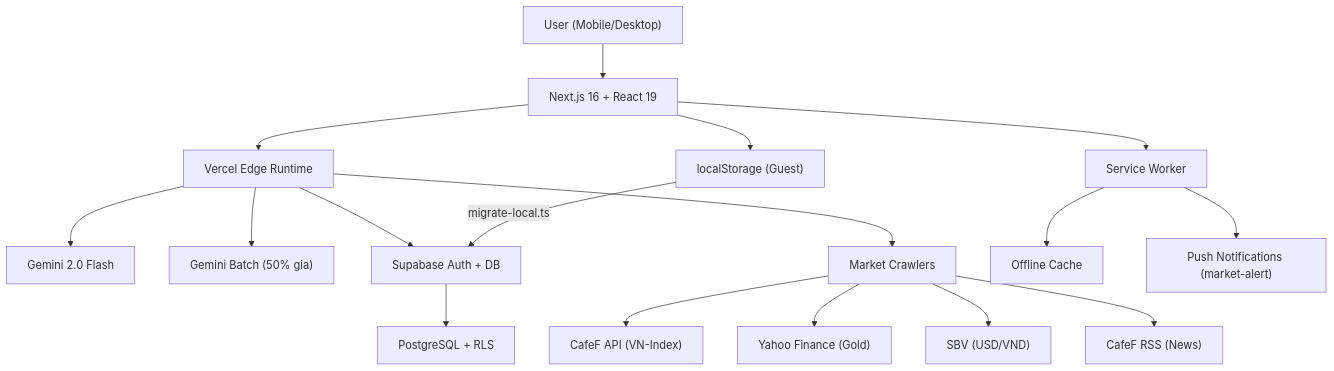
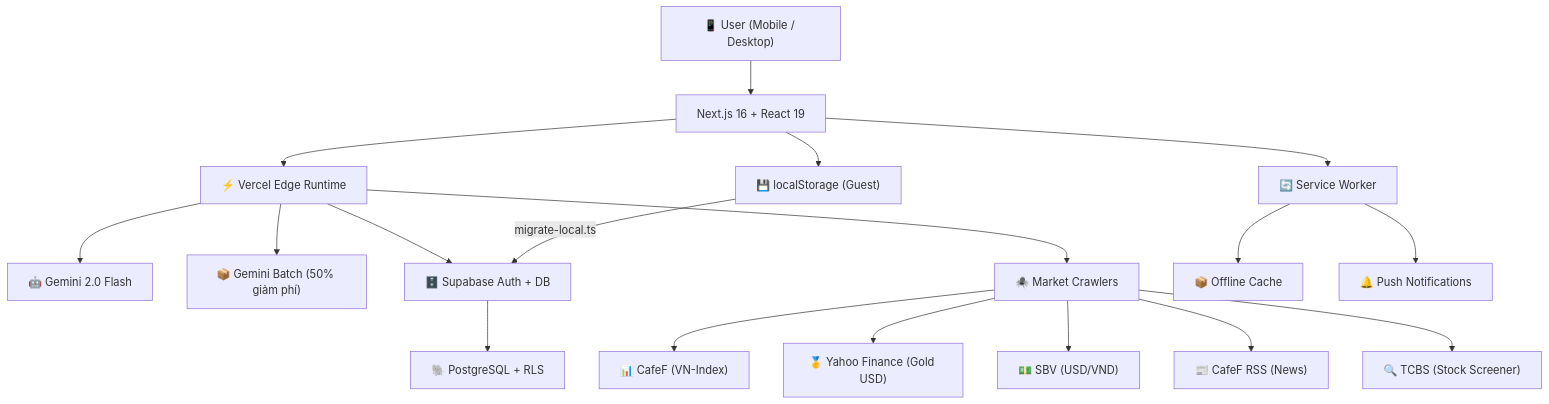
One commit to hungpixi/vietfi-advisor changed the diagram in README.md. Above: the diagram before and after it, drawn with Mermaid. The commit also changed other lines of this file and 2 other files, not shown here.

````diff
--- a/README.md
+++ b/README.md
@@ -153,19 +246,31 @@
 ```mermaid
 graph TD
-    A["User (Mobile/Desktop)"] --> B["Next.js 16 + React 19"]
-    B --> C["Vercel Edge Runtime"]
-    C --> D["Gemini 2.0 Flash"]
-    C --> D2["Gemini Batch (50% gia)"]
-    C --> E["Supabase Auth + DB"]
-    C --> F["Market Crawlers"]
-    F --> F1["CafeF API (VN-Index)"]
-    F --> F2["Yahoo Finance (Gold)"]
-    F --> F3["SBV (USD/VND)"]
-    F --> F4["CafeF RSS (News)"]
-    B --> G["Service Worker"]
-    G --> H["Offline Cache"]
-    G --> I["Push Notifications (market-alert)"]
-    E --> J["PostgreSQL + RLS"]
-    B --> K["localStorage (Guest)"]
-    K -- migrate-local.ts --> E
+    User["📱 User (Mobile / Desktop)"]
+    Next["Next.js 16 + React 19"]
+    Edge["⚡ Vercel Edge Runtime"]
+    Gemini["🤖 Gemini 2.0 Flash"]
+    GeminiBatch["📦 Gemini Batch (50% giảm phí)"]
+    Supabase["🗄️ Supabase Auth + DB"]
+    Crawlers["🕷️ Market Crawlers"]
+
+    User --> Next
+    Next --> Edge
+    Edge --> Gemini
+    Edge --> GeminiBatch
+    Edge --> Supabase
+    Edge --> Crawlers
+
+    Crawlers --> CF["📊 CafeF (VN-Index)"]
+    Crawlers --> YF["🥇 Yahoo Finance (Gold USD)"]
+    Crawlers --> SBV["💵 SBV (USD/VND)"]
+    Crawlers --> RSS["📰 CafeF RSS (News)"]
+    Crawlers --> TC["🔍 TCBS (Stock Screener)"]
+
+    Next --> SW["🔄 Service Worker"]
+    SW --> OC["📦 Offline Cache"]
+    SW --> PN["🔔 Push Notifications"]
+
+    Supabase --> PG["🐘 PostgreSQL + RLS"]
+    Next --> LS["💾 localStorage (Guest)"]
+    LS -- migrate-local.ts --> Supabase
 ```
````
